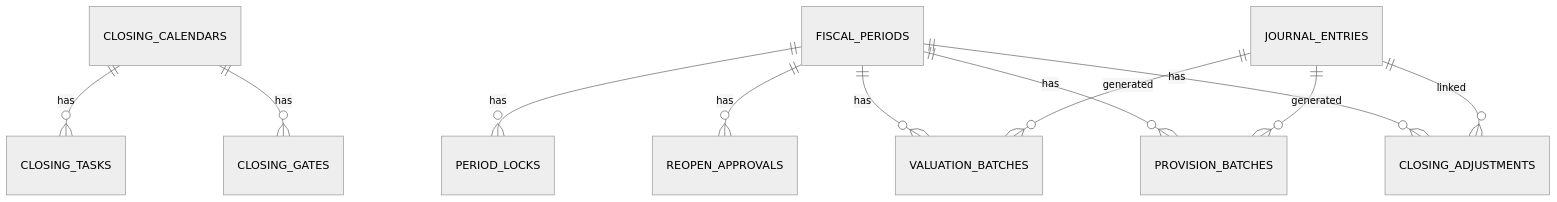
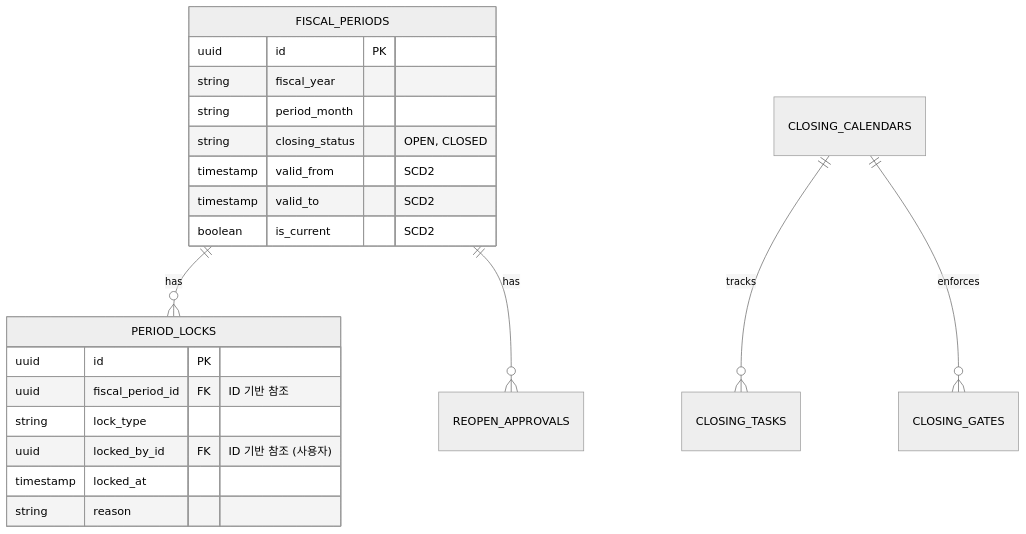
The diagram in closing/docs/schema.md (skyg547/account), drawn with Mermaid (neutral theme) before and after one commit. The commit also changed other lines of this file and 94 other files, not shown here.

````diff
--- a/closing/docs/schema.md
+++ b/closing/docs/schema.md
@@ -5,13 +5,26 @@
 ```mermaid
 erDiagram
-    CLOSING_CALENDARS ||--o{ CLOSING_TASKS : has
-    CLOSING_CALENDARS ||--o{ CLOSING_GATES : has
     FISCAL_PERIODS ||--o{ PERIOD_LOCKS : has
     FISCAL_PERIODS ||--o{ REOPEN_APPROVALS : has
-    FISCAL_PERIODS ||--o{ VALUATION_BATCHES : has
-    FISCAL_PERIODS ||--o{ PROVISION_BATCHES : has
-    FISCAL_PERIODS ||--o{ CLOSING_ADJUSTMENTS : has
-    JOURNAL_ENTRIES ||--o{ CLOSING_ADJUSTMENTS : linked
-    JOURNAL_ENTRIES ||--o{ VALUATION_BATCHES : generated
-    JOURNAL_ENTRIES ||--o{ PROVISION_BATCHES : generated
+    CLOSING_CALENDARS ||--o{ CLOSING_TASKS : tracks
+    CLOSING_CALENDARS ||--o{ CLOSING_GATES : enforces
+
+    FISCAL_PERIODS {
+        uuid id PK
+        string fiscal_year
+        string period_month
+        string closing_status "OPEN, CLOSED"
+        timestamp valid_from "SCD2"
+        timestamp valid_to "SCD2"
+        boolean is_current "SCD2"
+    }
+
+    PERIOD_LOCKS {
+        uuid id PK
+        uuid fiscal_period_id FK "ID 기반 참조"
+        string lock_type
+        uuid locked_by_id FK "ID 기반 참조 (사용자)"
+        timestamp locked_at
+        string reason
+    }
 ```
````
